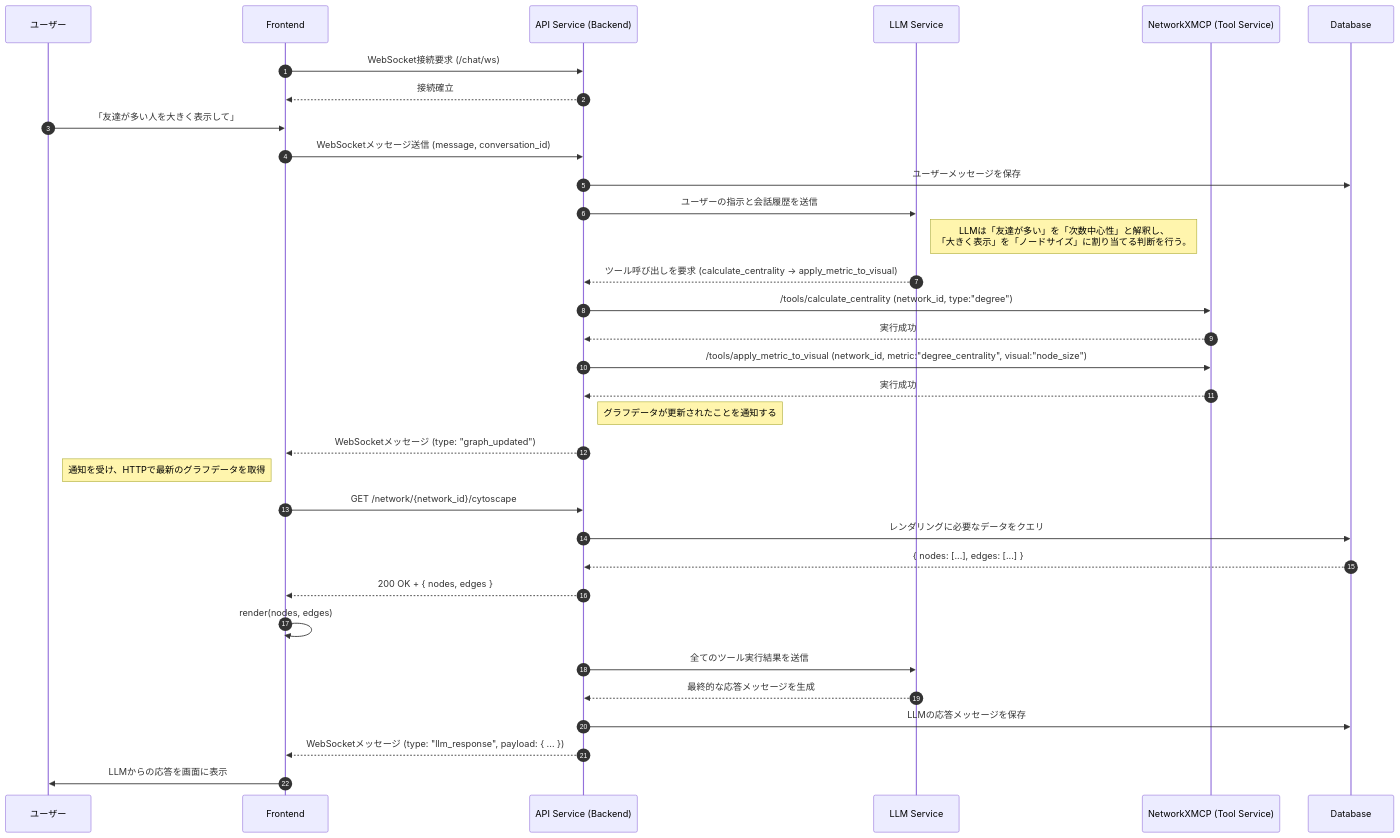
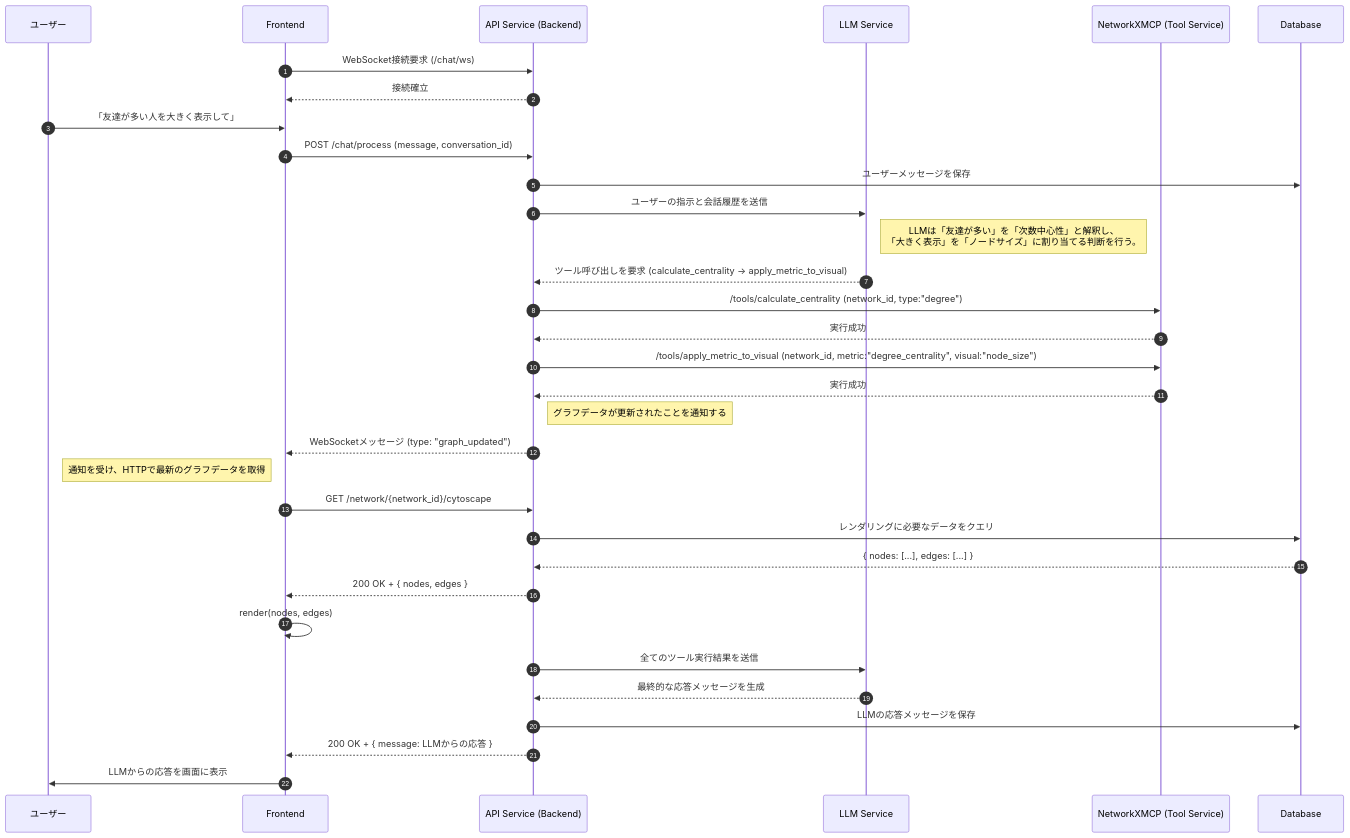
Before and after one commit to vdslab/LLMGraphvis: the second of 3 diagrams in specification/Interactions.md, drawn with Mermaid. The commit also changed 3 other files, not shown here.

````diff
--- a/specification/Interactions.md
+++ b/specification/Interactions.md
@@ -55,50 +55,50 @@
 ```mermaid
 sequenceDiagram
     autonumber
     %% Participants
     participant U as ユーザー
     participant F as Frontend
     participant B as API Service (Backend)
     participant LLM as LLM Service
     participant N as NetworkXMCP (Tool Service)
     participant DB as Database
 
     %% WebSocket Connection
     F->>B: WebSocket接続要求 (/chat/ws)
     B-->>F: 接続確立
 
-    %% Step 1: User sends a message
+    %% Step 1: User sends a message (HTTP POST)
     U->>F: 「友達が多い人を大きく表示して」
-    F->>B: WebSocketメッセージ送信 (message, conversation_id)
+    F->>B: POST /chat/process (message, conversation_id)
     B->>DB: ユーザーメッセージを保存
 
     %% Step 2: Backend invokes LLM
     B->>LLM: ユーザーの指示と会話履歴を送信
     note right of LLM: LLMは「友達が多い」を「次数中心性」と解釈し、<br/>「大きく表示」を「ノードサイズ」に割り当てる判断を行う。
     LLM-->>B: ツール呼び出しを要求 (calculate_centrality → apply_metric_to_visual)
 
     %% Step 3: Backend calls tools
     B->>N: /tools/calculate_centrality (network_id, type:"degree")
     N-->>B: 実行成功
     B->>N: /tools/apply_metric_to_visual (network_id, metric:"degree_centrality", visual:"node_size")
     N-->>B: 実行成功
 
     %% Step 4: Backend sends a notification via WebSocket
     note right of B: グラフデータが更新されたことを通知する
     B-->>F: WebSocketメッセージ (type: "graph_updated")
 
     %% Step 5: Frontend fetches the updated graph data via HTTP
     note left of F: 通知を受け、HTTPで最新のグラフデータを取得
     F->>B: GET /network/{network_id}/cytoscape
     B->>DB: レンダリングに必要なデータをクエリ
     DB-->>B: { nodes: [...], edges: [...] }
     B-->>F: 200 OK + { nodes, edges }
     F->>F: render(nodes, edges)
 
-    %% Step 6: Backend gets final response from LLM and sends it via WebSocket
+    %% Step 6: Backend gets final response from LLM and sends it via HTTP response
     B->>LLM: 全てのツール実行結果を送信
     LLM-->>B: 最終的な応答メッセージを生成
     B->>DB: LLMの応答メッセージを保存
-    B-->>F: WebSocketメッセージ (type: "llm_response", payload: { ... })
+    B-->>F: 200 OK + { message: LLMからの応答 }
     F->>U: LLMからの応答を画面に表示
 ```
````
